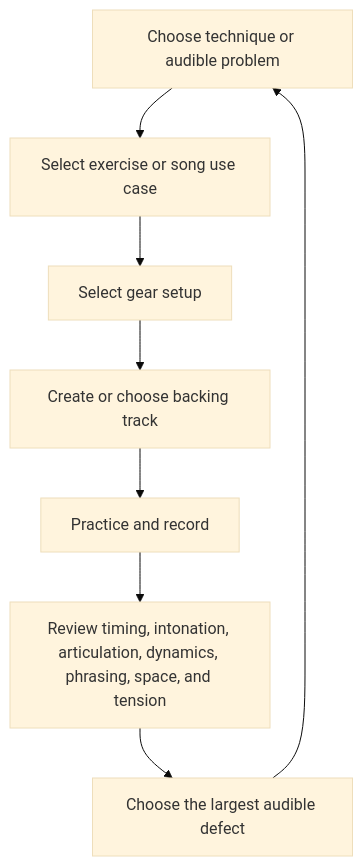
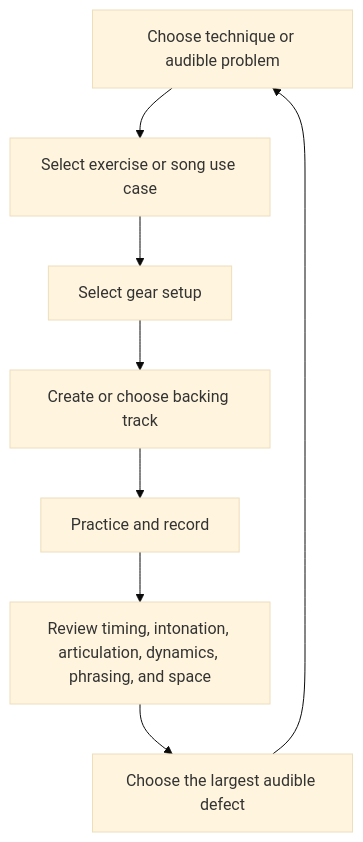
One commit to ryjen/guitar-practice-system changed the third of 3 diagrams in README.md. Above: the diagram before and after it, drawn with Mermaid (base theme). The commit also changed other lines of this file, not shown here.

````diff
--- a/README.md
+++ b/README.md
@@ -95,10 +74,10 @@
 ```mermaid
 flowchart TD
     A[Choose technique or audible problem] --> B[Select exercise or song use case]
     B --> C[Select gear setup]
     C --> D[Create or choose backing track]
     D --> E[Practice and record]
-    E --> F[Review timing, intonation, articulation, dynamics, phrasing, space, and tension]
+    E --> F[Review timing, intonation, articulation, dynamics, phrasing, and space]
     F --> G[Choose the largest audible defect]
     G --> A
 ```
````
